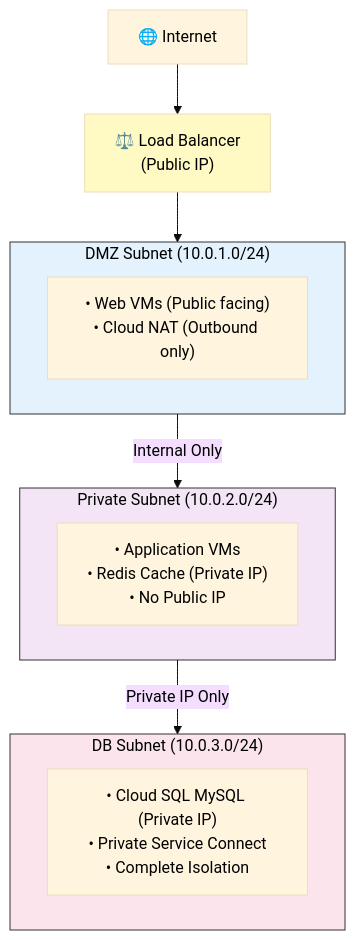
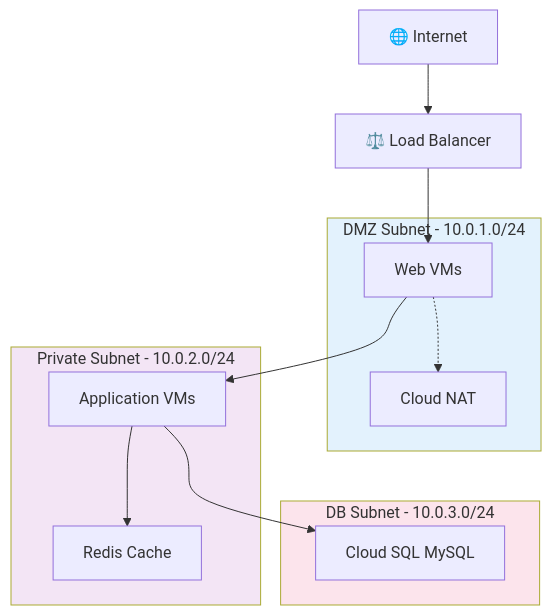
One commit to JSJ2337/GCP_terraform_code changed the first of 9 diagrams in terraform_gcp_infra/docs/architecture/network-design.md. Above: the diagram before and after it, drawn with Mermaid. The commit also changed other lines of this file and 5 other files, not shown here.

First line of the commit message:
fix: Mermaid 다이어그램 테마를 default로 변경 및 단순화

````diff
--- a/terraform_gcp_infra/docs/architecture/network-design.md
+++ b/terraform_gcp_infra/docs/architecture/network-design.md
@@ -7,28 +7,31 @@
 ```mermaid
-%%{init: {'theme': 'base', 'themeVariables': { 'primaryTextColor': '#000000', 'secondaryTextColor': '#000000', 'tertiaryTextColor': '#000000', 'clusterBkg': '#ffffff', 'clusterBorder': '#333333' }}}%%
+%%{init: {'theme': 'default'}}%%
 flowchart TB
     INET[🌐 Internet]
-    LB["⚖️ Load Balancer<br/>(Public IP)"]
+    LB[⚖️ Load Balancer]
 
-    subgraph DMZ["DMZ Subnet (10.0.1.0/24)"]
-        DMZ_DESC["• Web VMs (Public facing)<br/>• Cloud NAT (Outbound only)"]
+    subgraph DMZ["DMZ Subnet - 10.0.1.0/24"]
+        DMZ_WEB[Web VMs]
+        DMZ_NAT[Cloud NAT]
     end
 
-    subgraph Private["Private Subnet (10.0.2.0/24)"]
-        PRIV_DESC["• Application VMs<br/>• Redis Cache (Private IP)<br/>• No Public IP"]
+    subgraph Private["Private Subnet - 10.0.2.0/24"]
+        PRIV_APP[Application VMs]
+        PRIV_REDIS[Redis Cache]
     end
 
-    subgraph DB["DB Subnet (10.0.3.0/24)"]
-        DB_DESC["• Cloud SQL MySQL (Private IP)<br/>• Private Service Connect<br/>• Complete Isolation"]
+    subgraph DB["DB Subnet - 10.0.3.0/24"]
+        DB_SQL[Cloud SQL MySQL]
     end
 
     INET --> LB
-    LB --> DMZ
-    DMZ -->|Internal Only| Private
-    Private -->|Private IP Only| DB
+    LB --> DMZ_WEB
+    DMZ_WEB --> PRIV_APP
+    PRIV_APP --> PRIV_REDIS
+    PRIV_APP --> DB_SQL
+    DMZ_WEB -.-> DMZ_NAT
 
-    style DMZ fill:#e3f2fd,color:#000000
-    style Private fill:#f3e5f5,color:#000000
-    style DB fill:#fce4ec,color:#000000
-    style LB fill:#fff9c4
+    style DMZ fill:#e3f2fd
+    style Private fill:#f3e5f5
+    style DB fill:#fce4ec
 ```
````
